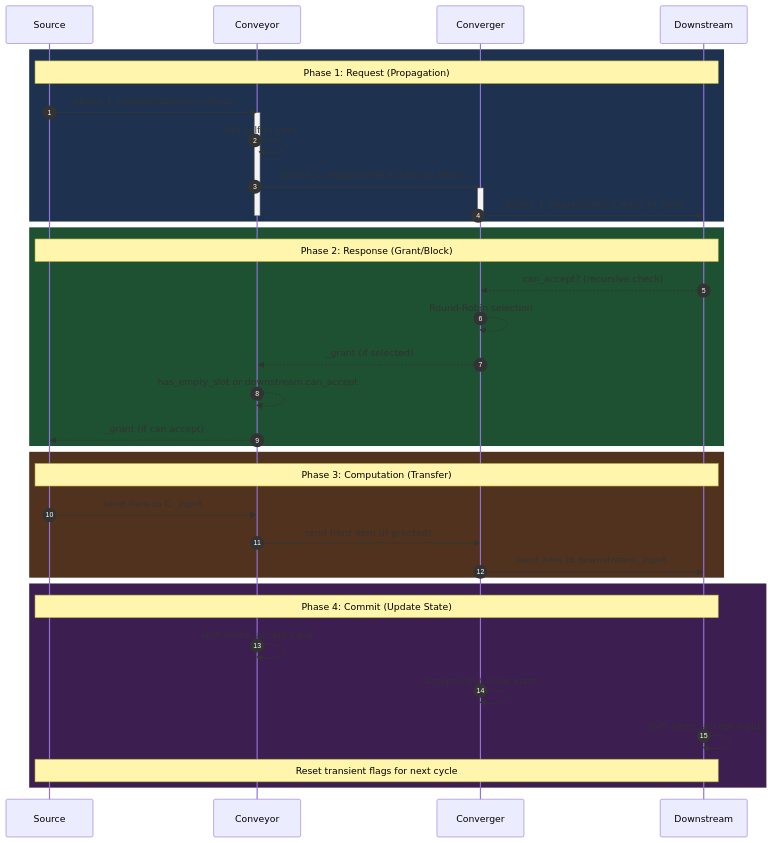
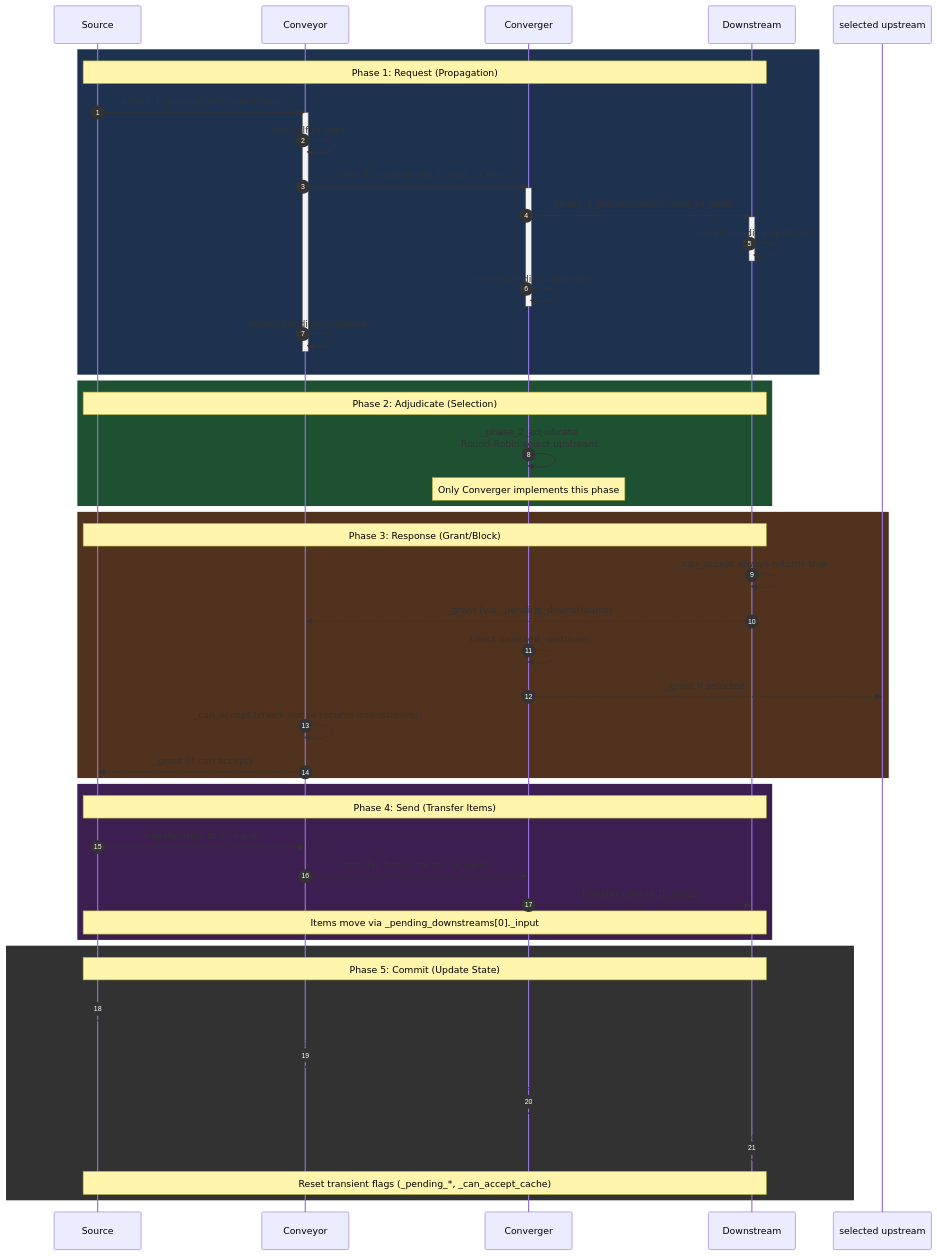
The diagram in README.md (hongshan-academy/endfield-AIC-sim), drawn with Mermaid before and after one commit.

````diff
--- a/README.md
+++ b/README.md
@@ -1,44 +1,58 @@
 ```mermaid
 sequenceDiagram
     autonumber
     participant S as Source
     participant C as Conveyor
     participant CG as Converger
     participant D as Downstream
 
     rect rgb(30, 50, 80)
         note over S, D: Phase 1: Request (Propagation)
         S->>C: _phase_1_request(upstream=None)
         activate C
         C->>C: add self to path
         C->>CG: _phase_1_request(self) if want_to_send
         activate CG
         CG->>D: _phase_1_request(self) if want_to_send
+        activate D
+        D->>D: record pending upstream
+        deactivate D
+        CG->>CG: record pending upstream
         deactivate CG
+        C->>C: record pending upstream
         deactivate C
     end
 
     rect rgb(30, 80, 50)
-        note over S, D: Phase 2: Response (Grant/Block)
-        D-->>CG: can_accept? (recursive check)
-        CG-->>CG: Round-Robin selection
-        CG-->>C: _grant (if selected)
-        C-->>C: has_empty_slot or downstream.can_accept
+        note over S, D: Phase 2: Adjudicate (Selection)
+        CG->>CG: _phase_2_adjudicate<br/>Round-Robin select upstream
+        Note over CG: Only Converger implements this phase
+    end
+
+    rect rgb(80, 50, 30)
+        note over S, D: Phase 3: Response (Grant/Block)
+        D-->>D: _can_accept always returns true
+        D-->>C: _grant (via _pending_downstreams)
+        CG-->>CG: check selected_upstream
+        CG-->>selected upstream: _grant if selected
+        C-->>C: _can_accept (check slot or recurse downstream)
         C-->>S: _grant (if can accept)
     end
 
-    rect rgb(80, 50, 30)
-        note over S, D: Phase 3: Computation (Transfer)
-        S->>C: send item to C._input
-        C->>CG: send front item (if granted)
-        CG->>D: send item to downstream._input
+    rect rgb(60, 30, 80)
+        note over S, D: Phase 4: Send (Transfer Items)
+        S->>C: transfer item to C._input
+        C->>CG: transfer front item to CG._input
+        CG->>D: transfer item to D._input
+        Note over S,D: Items move via _pending_downstreams[0]._input
     end
 
-    rect rgb(60, 30, 80)
-        note over S, D: Phase 4: Commit (Update State)
-        C->>C: shift items, accept input
-        CG->>CG: accept input, clear state
-        D->>D: shift items, accept input
-        note over S, D: Reset transient flags for next cycle
+    rect rgb(50, 50, 50)
+        note over S, D: Phase 5: Commit (Update State)
+        S->>S: _phase_5_commit: prepare next item
+        C->>C: _phase_5_commit: shift items, accept input
+        CG->>CG: _phase_5_commit: shift items, clear selection
+        D->>D: _phase_5_commit: collect received items
+        Note over S,D: Reset transient flags (_pending_*, _can_accept_cache)
     end
 ```
````
